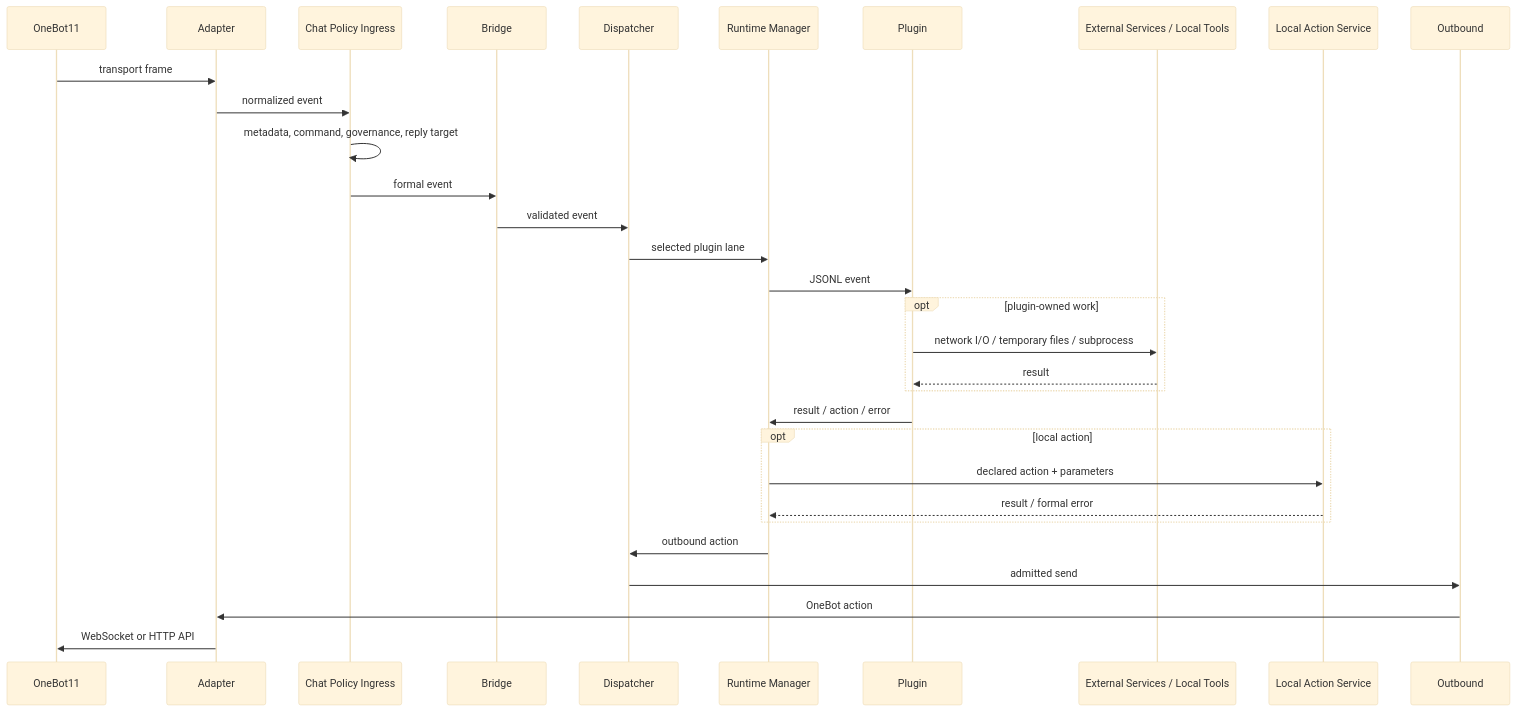
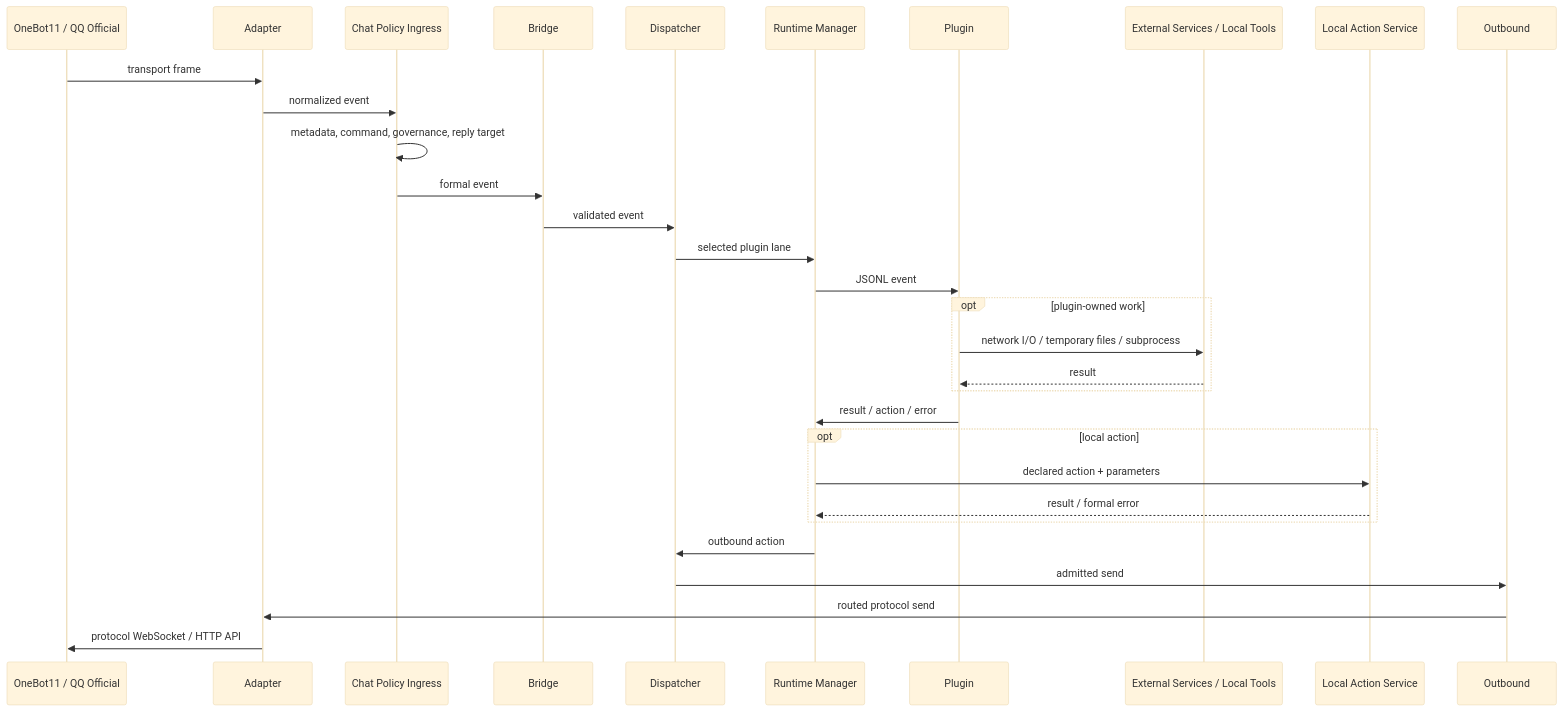
Before and after one commit to RayleaBot/RayleaBot: the first of 2 diagrams in docs/architecture/message-flow.md, drawn with Mermaid (base theme). The commit also changed other lines of this file and 37 other files, not shown here.

````diff
--- a/docs/architecture/message-flow.md
+++ b/docs/architecture/message-flow.md
@@ -7,34 +7,34 @@
 ```mermaid
 sequenceDiagram
-    participant OB as OneBot11
+    participant OB as OneBot11 / QQ Official
     participant AD as Adapter
     participant IN as Chat Policy Ingress
     participant BR as Bridge
     participant DP as Dispatcher
     participant RT as Runtime Manager
     participant PL as Plugin
     participant EXT as External Services / Local Tools
     participant LA as Local Action Service
     participant OUT as Outbound
 
     OB->>AD: transport frame
     AD->>IN: normalized event
     IN->>IN: metadata, command, governance, reply target
     IN->>BR: formal event
     BR->>DP: validated event
     DP->>RT: selected plugin lane
     RT->>PL: JSONL event
     opt plugin-owned work
         PL->>EXT: network I/O / temporary files / subprocess
         EXT-->>PL: result
     end
     PL->>RT: result / action / error
     opt local action
         RT->>LA: declared action + parameters
         LA-->>RT: result / formal error
     end
     RT->>DP: outbound action
     DP->>OUT: admitted send
-    OUT->>AD: OneBot action
-    AD->>OB: WebSocket or HTTP API
+    OUT->>AD: routed protocol send
+    AD->>OB: protocol WebSocket / HTTP API
 ```
````
